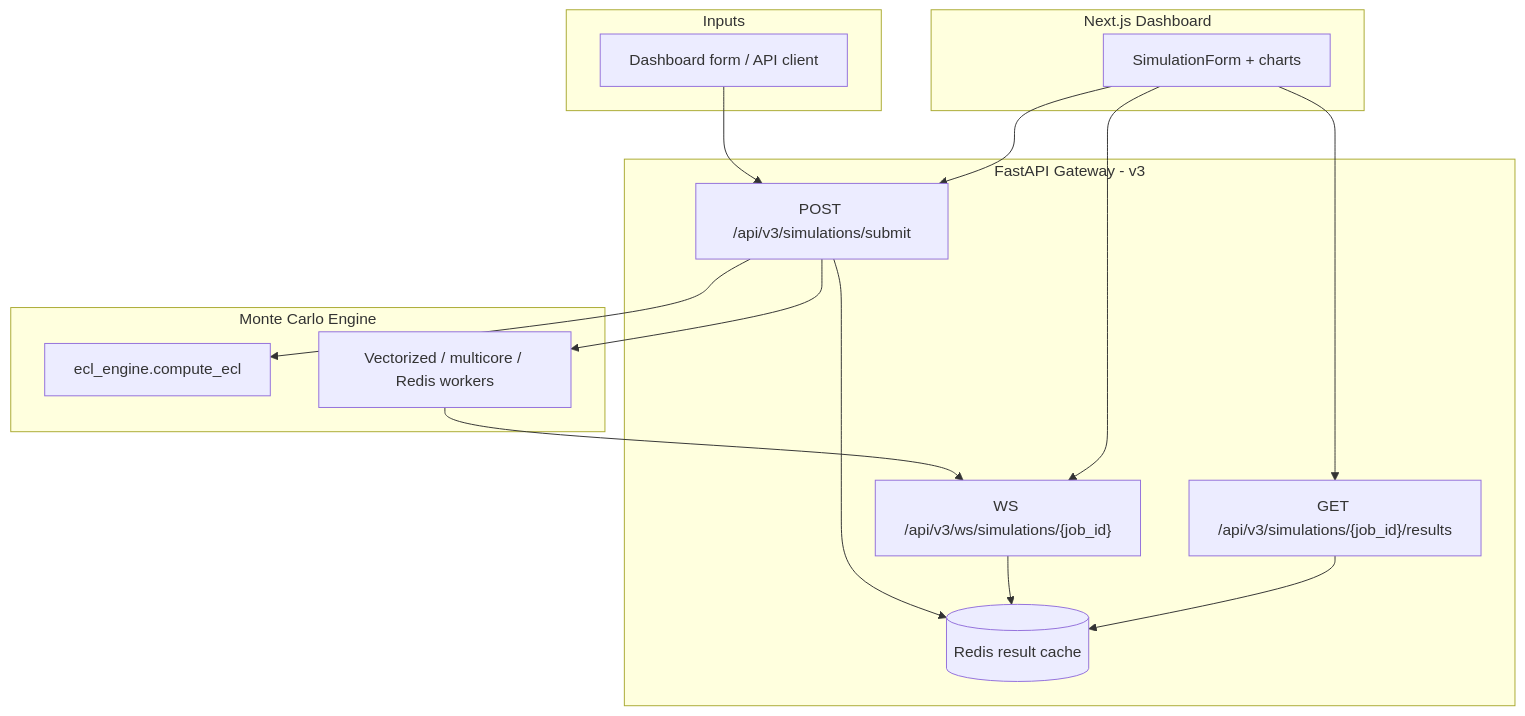
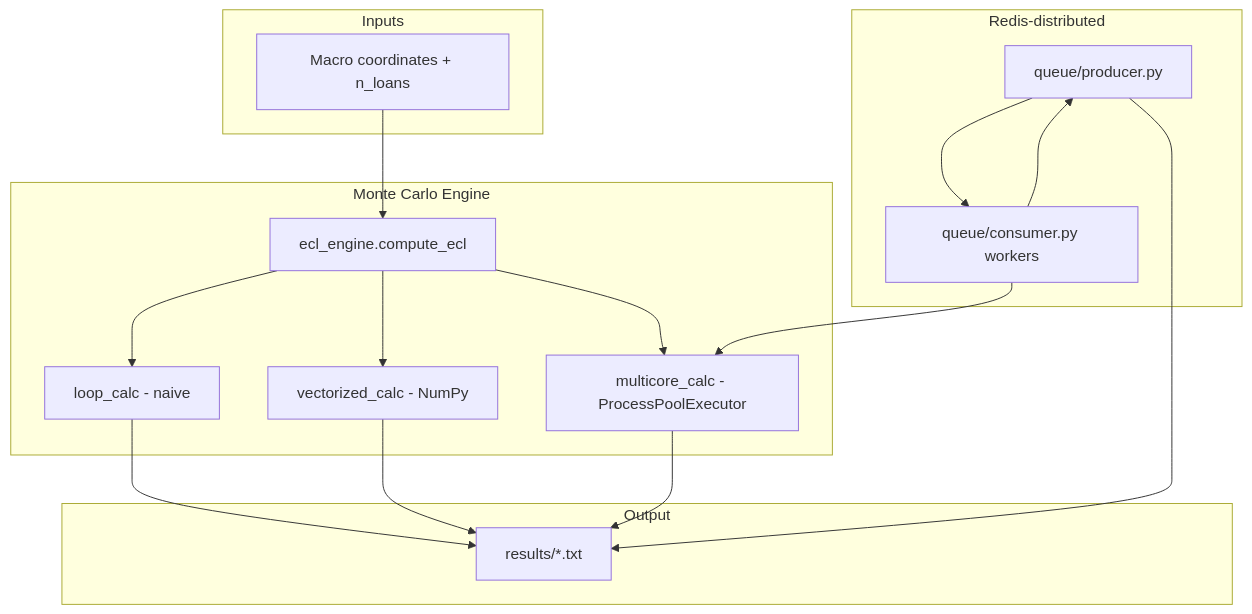
One commit to amandipd/Monte-Carlo-ECL-Simulator changed the diagram in README.md. Above: the diagram before and after it, drawn with Mermaid. The commit also changed other lines of this file and 41 other files, not shown here.

First line of the commit message:
refactor: remove FastAPI/api layer and Next.js dashboard, local computation only

````diff
--- a/README.md
+++ b/README.md
@@ -35,33 +28,31 @@
 ```mermaid
 flowchart TB
     subgraph inputs [Inputs]
-        FORM[Dashboard form / API client]
+        MACRO[Macro coordinates + n_loans]
     end
 
     subgraph engine [Monte Carlo Engine]
         ECL[ecl_engine.compute_ecl]
-        MC[Vectorized / multicore / Redis workers]
+        NAIVE[loop_calc - naive]
+        VEC[vectorized_calc - NumPy]
+        MULTI[multicore_calc - ProcessPoolExecutor]
     end
 
-    subgraph api [FastAPI Gateway - v3]
-        SUBMIT["POST /api/v3/simulations/submit"]
-        RESULTS["GET /api/v3/simulations/{job_id}/results"]
-        WS["WS /api/v3/ws/simulations/{job_id}"]
-        CACHE[(Redis result cache)]
+    subgraph dist [Redis-distributed]
+        PROD[queue/producer.py]
+        CONS[queue/consumer.py workers]
     end
 
-    subgraph fe [Next.js Dashboard]
-        UI[SimulationForm + charts]
+    subgraph out [Output]
+        TXT[results/*.txt]
     end
 
-    FORM --> SUBMIT
-    SUBMIT --> ECL
-    SUBMIT --> MC
-    SUBMIT --> CACHE
-    MC --> WS
-    WS --> CACHE
-    RESULTS --> CACHE
-    UI --> SUBMIT
-    UI --> RESULTS
-    UI --> WS
+    MACRO --> ECL
+    ECL --> NAIVE --> TXT
+    ECL --> VEC --> TXT
+    ECL --> MULTI --> TXT
+    PROD --> CONS
+    CONS --> MULTI
+    CONS --> PROD
+    PROD --> TXT
 ```
````
